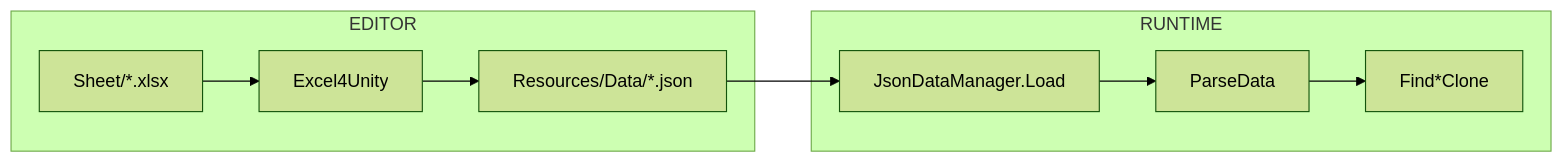
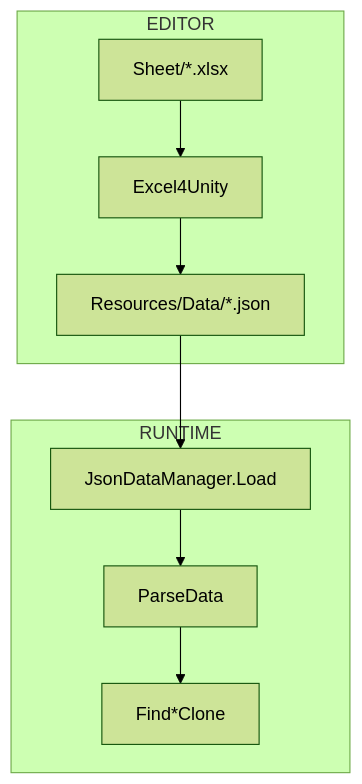
Before and after one commit to monet5379/monet5379.github.io: the diagram in notes/excel-json-fixed-data.md, drawn with Mermaid (forest theme). The commit also changed other lines of this file and 24 other files, not shown here.

Commit message:
콘텐츠(notes): project 목록 FM과 복수 증명·Mermaid·회고 슬롯을 맞춥니다.

````diff
--- a/notes/excel-json-fixed-data.md
+++ b/notes/excel-json-fixed-data.md
@@ -51,13 +53,14 @@
 ```mermaid
-flowchart LR
+flowchart TD
   subgraph EDITOR["EDITOR"]
     X["Sheet/*.xlsx"] --> C["Excel4Unity"]
     C --> J["Resources/Data/*.json"]
   end
 
   subgraph RUNTIME["RUNTIME"]
-    J --> L["JsonDataManager.Load"]
-    L --> P["ParseData"]
+    L["JsonDataManager.Load"] --> P["ParseData"]
     P --> F["Find*Clone"]
   end
+
+  J --> L
 ```
````
